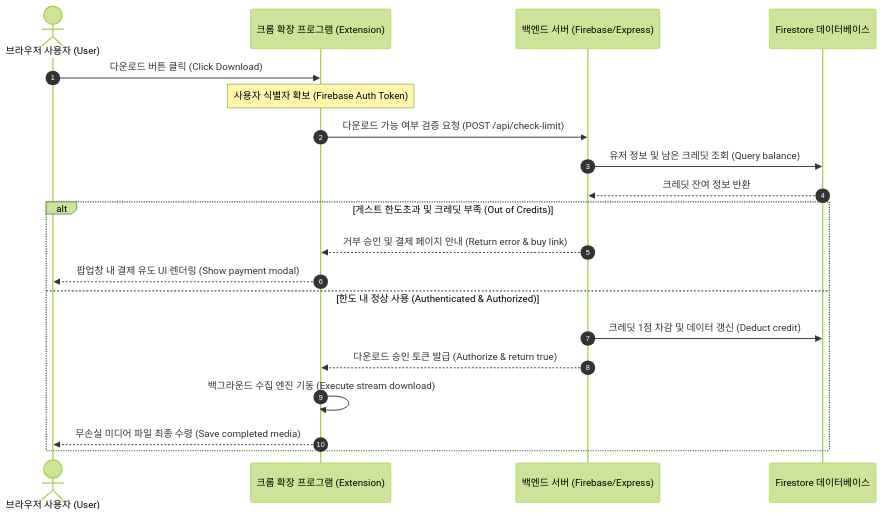
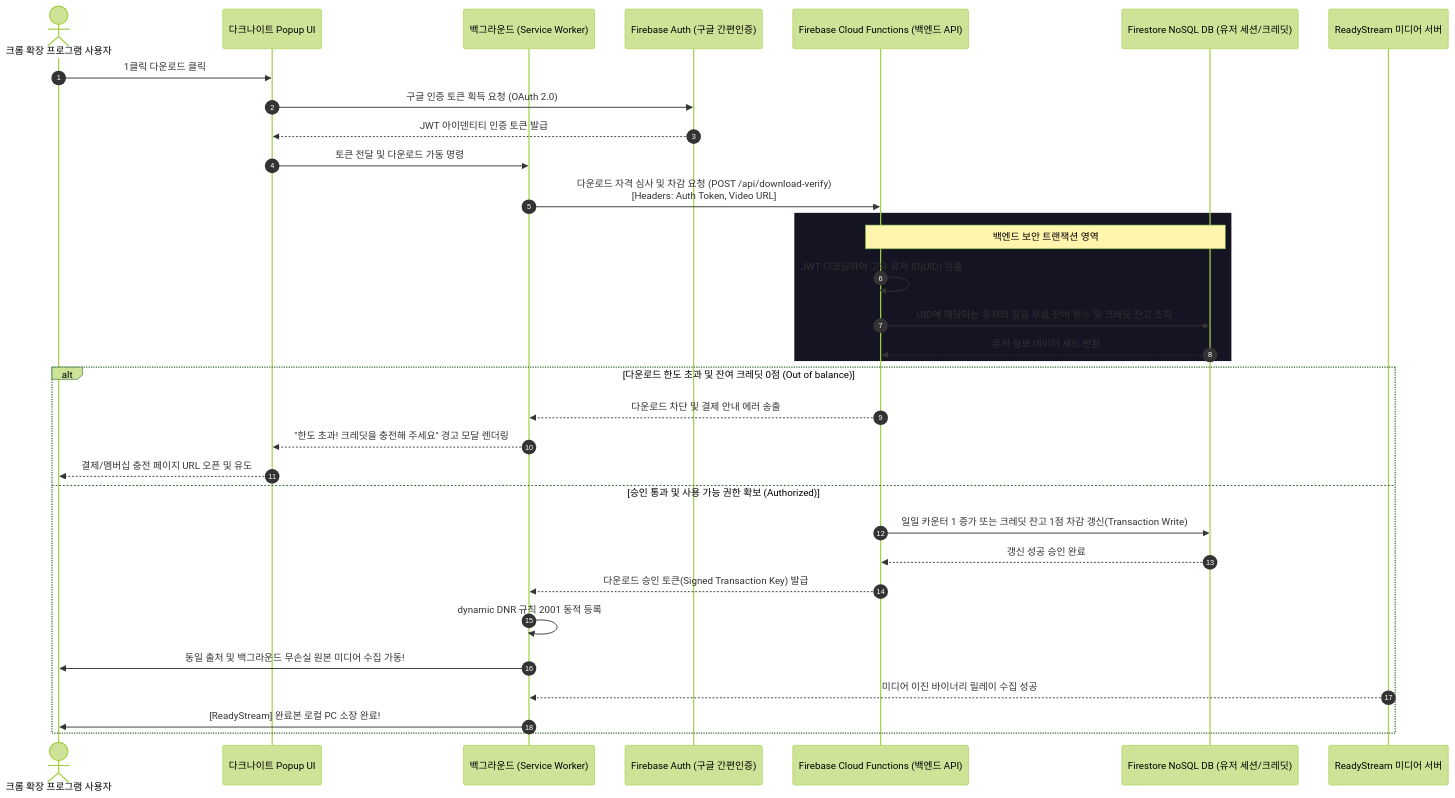
The diagram in report.md (shintaehyeon/darknight_LMS), drawn with Mermaid (forest theme) before and after one commit. The commit also changed other lines of this file and 1 other file, not shown here.

Commit message:
docs: add detailed academic study report and future saas roadmap (KR/EN)

````diff
--- a/report.md
+++ b/report.md
@@ -96,23 +362,38 @@
 ```mermaid
 sequenceDiagram
     autonumber
-    actor User as 브라우저 사용자 (User)
-    participant Ext as 크롬 확장 프로그램 (Extension)
-    participant Svr as 백엔드 서버 (Firebase/Express)
-    participant DB as Firestore 데이터베이스
+    actor Student as 크롬 확장 프로그램 사용자
+    participant Popup as 다크나이트 Popup UI
+    participant BG as 백그라운드 (Service Worker)
+    participant Auth as Firebase Auth (구글 간편인증)
+    participant Func as Firebase Cloud Functions (백엔드 API)
+    participant DB as Firestore NoSQL DB (유저 세션/크레딧)
+    participant Media as ReadyStream 미디어 서버
 
-    User->>Ext: 다운로드 버튼 클릭 (Click Download)
-    Note over Ext: 사용자 식별자 확보 (Firebase Auth Token)
-    Ext->>Svr: 다운로드 가능 여부 검증 요청 (POST /api/check-limit)
-    Svr->>DB: 유저 정보 및 남은 크레딧 조회 (Query balance)
-    DB-->>Svr: 크레딧 잔여 정보 반환
-    alt 게스트 한도초과 및 크레딧 부족 (Out of Credits)
-        Svr-->>Ext: 거부 승인 및 결제 페이지 안내 (Return error & buy link)
-        Ext-->>User: 팝업창 내 결제 유도 UI 렌더링 (Show payment modal)
-    else 한도 내 정상 사용 (Authenticated & Authorized)
-        Svr->>DB: 크레딧 1점 차감 및 데이터 갱신 (Deduct credit)
-        Svr-->>Ext: 다운로드 승인 토큰 발급 (Authorize & return true)
-        Ext->>Ext: 백그라운드 수집 엔진 기동 (Execute stream download)
-        Ext-->>User: 무손실 미디어 파일 최종 수령 (Save completed media)
+    Student->>Popup: 1클릭 다운로드 클릭
+    Popup->>Auth: 구글 인증 토큰 획득 요청 (OAuth 2.0)
+    Auth-->>Popup: JWT 아이덴티티 인증 토큰 발급
+    Popup->>BG: 토큰 전달 및 다운로드 가동 명령
+    BG->>Func: 다운로드 자격 심사 및 차감 요청 (POST /api/download-verify)<br>[Headers: Auth Token, Video URL]
+    
+    rect rgb(20, 20, 35)
+        Note over Func, DB: 백엔드 보안 트랜잭션 영역
+        Func->>Func: JWT 디코딩하여 고유 유저 ID(UID) 검출
+        Func->>DB: UID에 해당하는 유저의 일일 무료 잔여 횟수 및 크레딧 잔고 조회
+        DB-->>Func: 유저 정보 데이터 세트 반환
+    end
+
+    alt 다운로드 한도 초과 및 잔여 크레딧 0점 (Out of balance)
+        Func-->>BG: 다운로드 차단 및 결제 안내 에러 송출
+        BG-->>Popup: "한도 초과! 크레딧을 충전해 주세요" 경고 모달 렌더링
+        Popup-->>Student: 결제/멤버십 충전 페이지 URL 오픈 및 유도
+    else 승인 통과 및 사용 가능 권한 확보 (Authorized)
+        Func->>DB: 일일 카운터 1 증가 또는 크레딧 잔고 1점 차감 갱신(Transaction Write)
+        DB-->>Func: 갱신 성공 승인 완료
+        Func-->>BG: 다운로드 승인 토큰(Signed Transaction Key) 발급
+        BG->>BG: dynamic DNR 규칙 2001 동적 등록
+        BG->>Student: 동일 출처 및 백그라운드 무손실 원본 미디어 수집 가동!
+        Media-->>BG: 미디어 이진 바이너리 릴레이 수집 성공
+        BG->>Student: [ReadyStream] 완료본 로컬 PC 소장 완료!
     end
 ```
````
